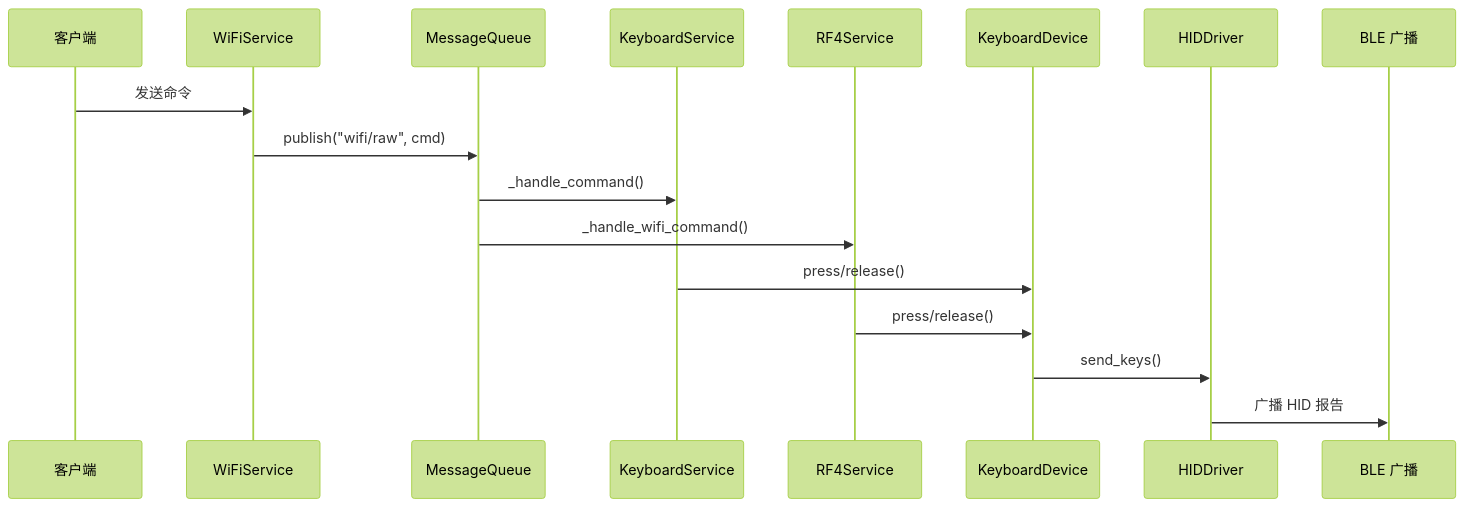
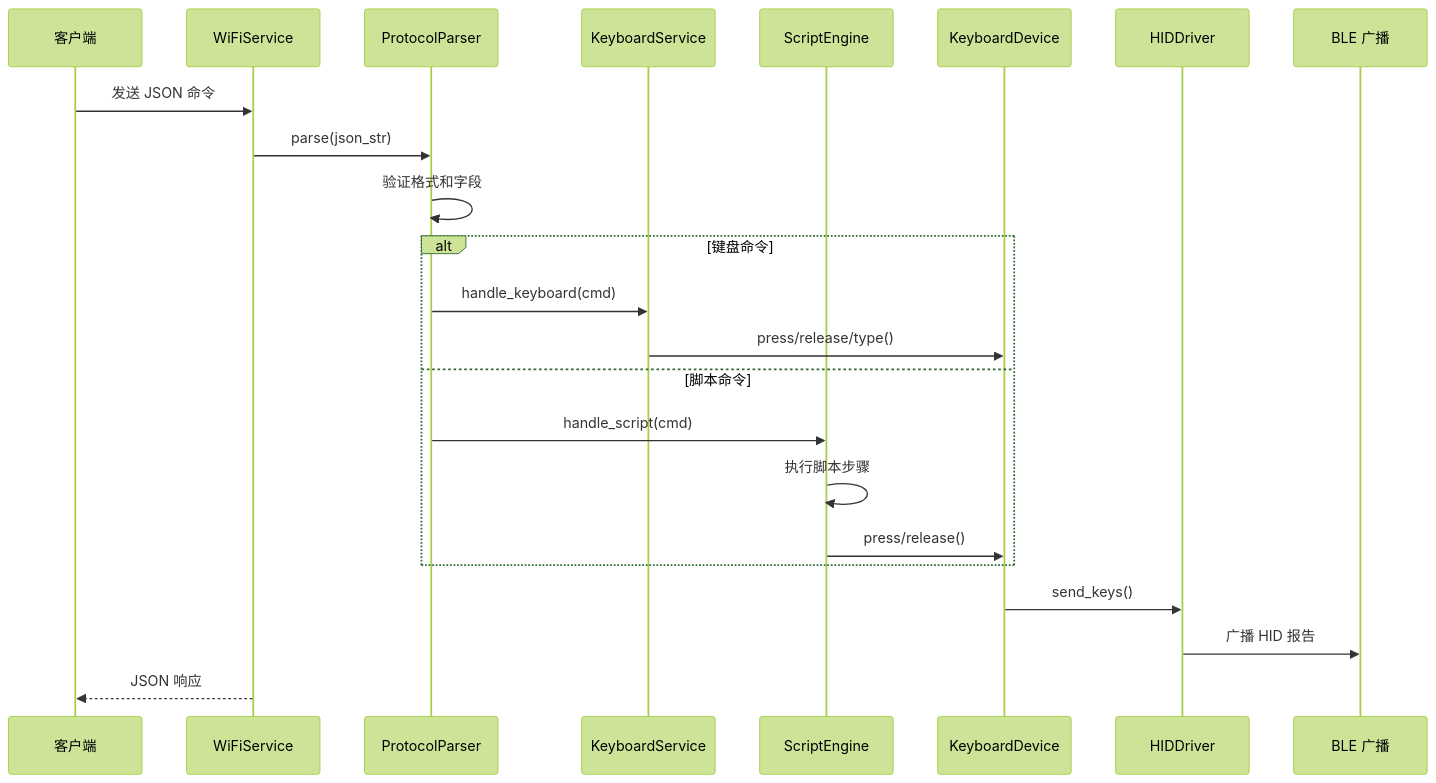
The third of 6 diagrams in docs/design/README.md (Ts-sound/esp32-python-keyboard), drawn with Mermaid (forest theme) before and after one commit. The commit also changed other lines of this file and 2 other files, not shown here.

Commit message:
docs: update design docs to reflect new architecture (Task 10)

````diff
--- a/docs/design/README.md
+++ b/docs/design/README.md
@@ -81,20 +90,26 @@
 ```mermaid
 sequenceDiagram
     participant Client as 客户端
     participant WS as WiFiService
-    participant MQ as MessageQueue
+    participant PP as ProtocolParser
     participant KS as KeyboardService
-    participant RS as RF4Service
+    participant SE as ScriptEngine
     participant KD as KeyboardDevice
     participant HD as HIDDriver
     participant BLE as BLE 广播
     
-    Client->>WS: 发送命令
-    WS->>MQ: publish("wifi/raw", cmd)
-    MQ->>KS: _handle_command()
-    MQ->>RS: _handle_wifi_command()
-    KS->>KD: press/release()
-    RS->>KD: press/release()
+    Client->>WS: 发送 JSON 命令
+    WS->>PP: parse(json_str)
+    PP->>PP: 验证格式和字段
+    alt 键盘命令
+        PP->>KS: handle_keyboard(cmd)
+        KS->>KD: press/release/type()
+    else 脚本命令
+        PP->>SE: handle_script(cmd)
+        SE->>SE: 执行脚本步骤
+        SE->>KD: press/release()
+    end
     KD->>HD: send_keys()
     HD->>BLE: 广播 HID 报告
+    WS-->>Client: JSON 响应
 ```
````
